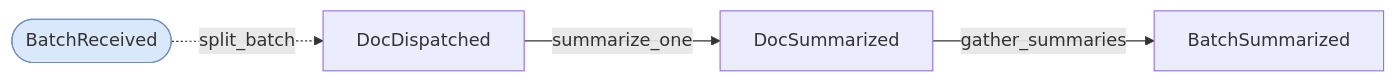
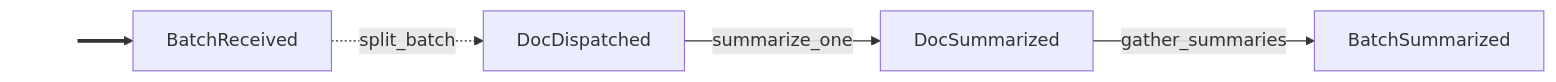
One commit to cadance-io/langgraph-events changed the diagram in examples/map_reduce.graph.md. Above: the diagram before and after it, drawn with Mermaid. The commit also changed 8 other files, not shown here.

First line of the commit message:
Replace seed event stadium shape with thick entry edge

````diff
--- a/examples/map_reduce.graph.md
+++ b/examples/map_reduce.graph.md
@@ -4,9 +4,9 @@
 ```mermaid
 graph LR
-    classDef seed fill:#dae8fc,stroke:#6c8ebf
-    BatchReceived([BatchReceived]):::seed
+    classDef entry fill:none,stroke:none,color:none
+    _e0_[ ]:::entry ==> BatchReceived
     BatchReceived -.->|split_batch| DocDispatched
     DocDispatched -->|summarize_one| DocSummarized
     DocSummarized -->|gather_summaries| BatchSummarized
 %% Side-effect handlers: audit_trail (Auditable)
 ```
````
